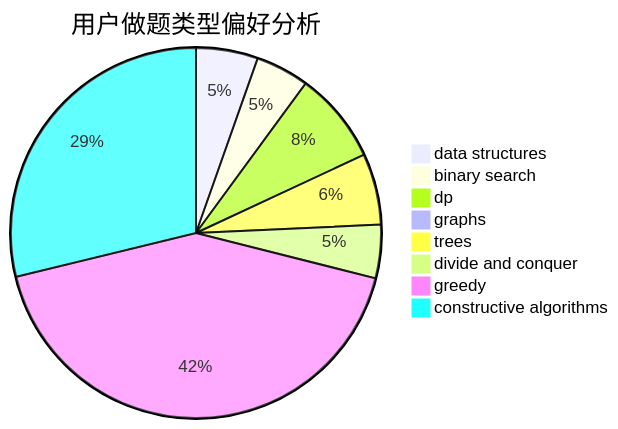
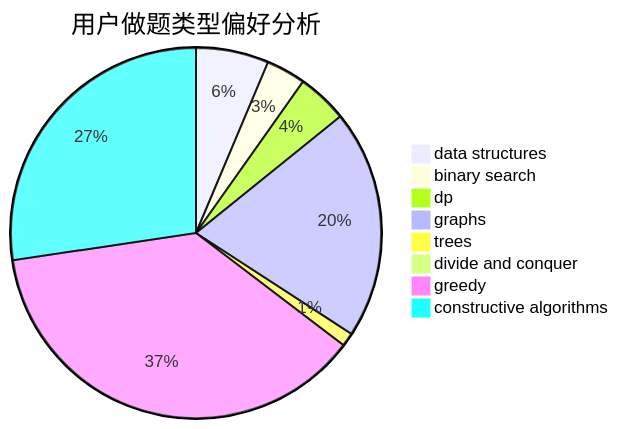
Before and after one commit to sherpahu/cfrs.github.io: the second of 3 diagrams in docs/user/u500.md, drawn with Mermaid. The commit also changed other lines of this file and 2770 other files, not shown here.

````diff
--- a/docs/user/u500.md
+++ b/docs/user/u500.md
@@ -23,11 +23,11 @@
 ```mermaid
 pie title 用户做题类型偏好分析
-    "data structures" :  73
-    "binary search" :  63
-    "dp" :  108
-    "graphs" :  11
-    "trees" :  84
-    "divide and conquer" :  63
-    "greedy" :  571
-    "constructive algorithms" :  389
+    "data structures" :  81
+    "binary search" :  44
+    "dp" :  56
+    "graphs" :  255
+    "trees" :  15
+    "divide and conquer" :  0
+    "greedy" :  476
+    "constructive algorithms" :  349
 ```
````
